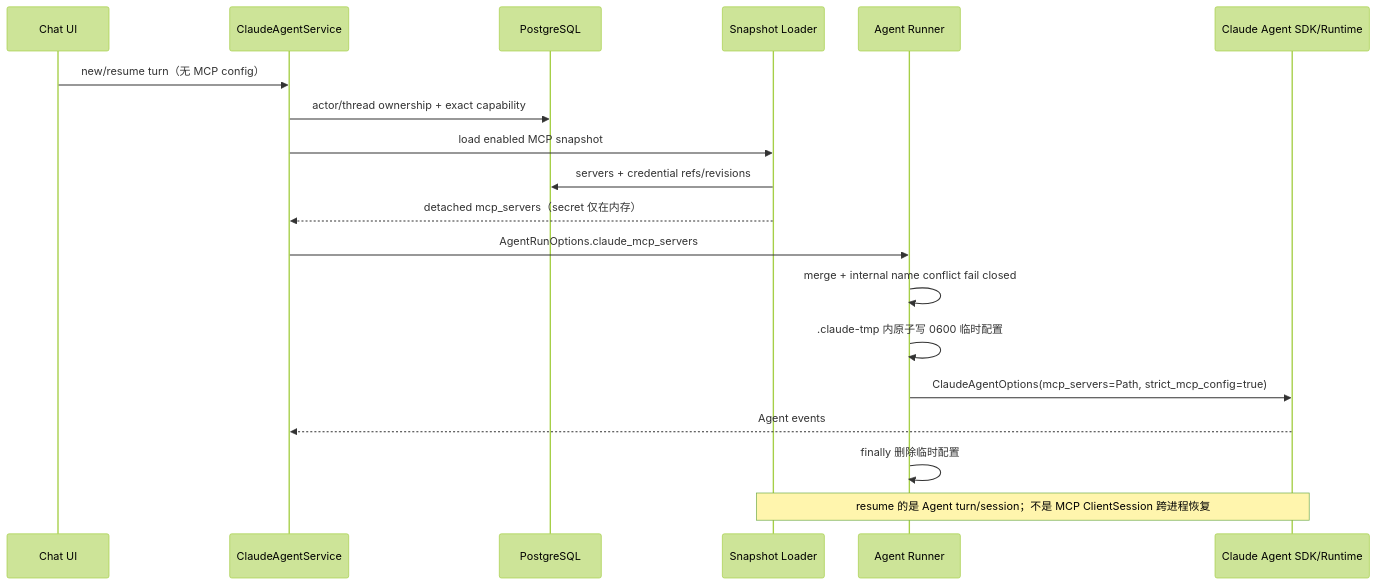
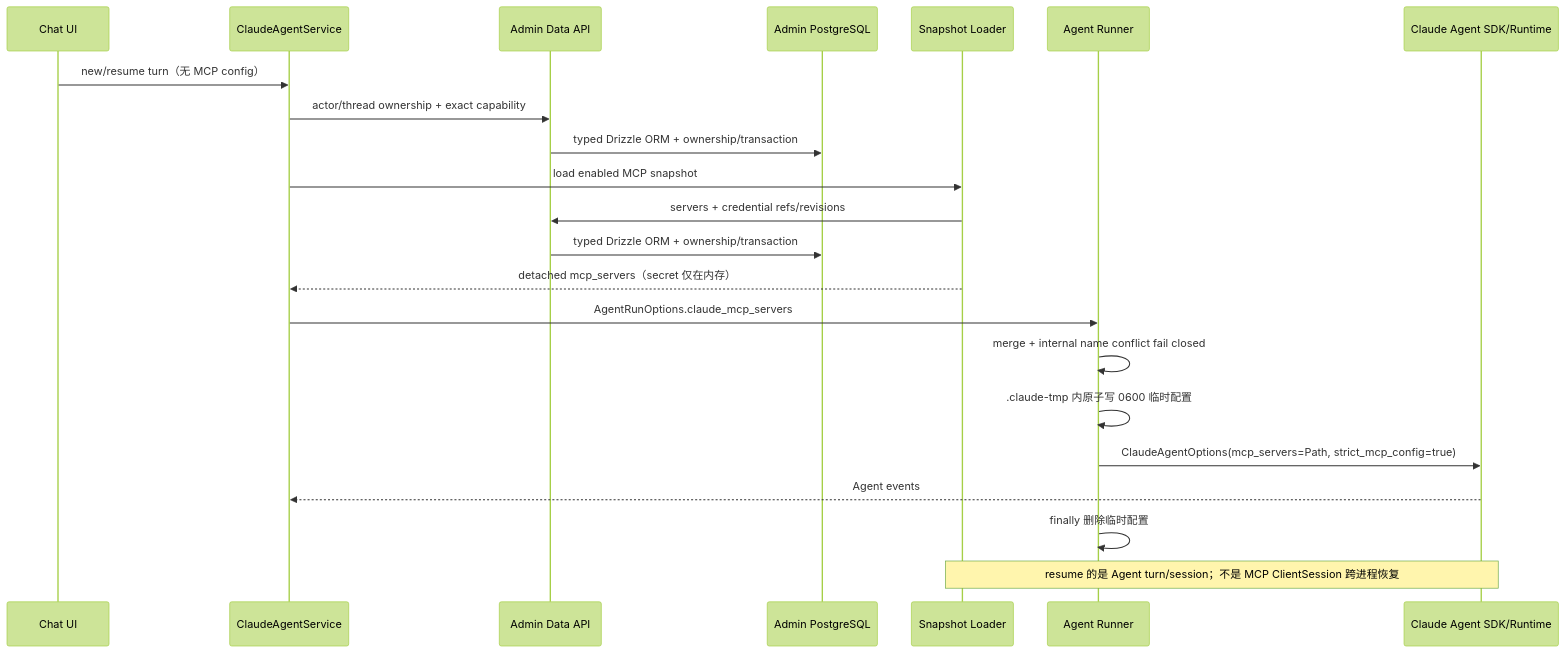
Before and after one commit to glide-the/im-dream: the tenth of 12 diagrams in docs/design/claude-agent/dream-managed-mcp-resources.md, drawn with Mermaid (forest theme). The commit also changed other lines of this file and 30 other files, not shown here.

````diff
--- a/docs/design/claude-agent/dream-managed-mcp-resources.md
+++ b/docs/design/claude-agent/dream-managed-mcp-resources.md
@@ -473,21 +523,24 @@
 ```mermaid
 sequenceDiagram
     participant UI as Chat UI
     participant S as ClaudeAgentService
-    participant DB as PostgreSQL
+    participant Admin as Admin Data API
+    participant DB as Admin PostgreSQL
     participant L as Snapshot Loader
     participant R as Agent Runner
     participant SDK as Claude Agent SDK/Runtime
     UI->>S: new/resume turn（无 MCP config）
-    S->>DB: actor/thread ownership + exact capability
+    S->>Admin: actor/thread ownership + exact capability
+    Admin->>DB: typed Drizzle ORM + ownership/transaction
     S->>L: load enabled MCP snapshot
-    L->>DB: servers + credential refs/revisions
+    L->>Admin: servers + credential refs/revisions
+    Admin->>DB: typed Drizzle ORM + ownership/transaction
     L-->>S: detached mcp_servers（secret 仅在内存）
     S->>R: AgentRunOptions.claude_mcp_servers
     R->>R: merge + internal name conflict fail closed
     R->>R: .claude-tmp 内原子写 0600 临时配置
     R->>SDK: ClaudeAgentOptions(mcp_servers=Path, strict_mcp_config=true)
     SDK-->>S: Agent events
     R->>R: finally 删除临时配置
     Note over L,SDK: resume 的是 Agent turn/session；不是 MCP ClientSession 跨进程恢复
 ```
````
